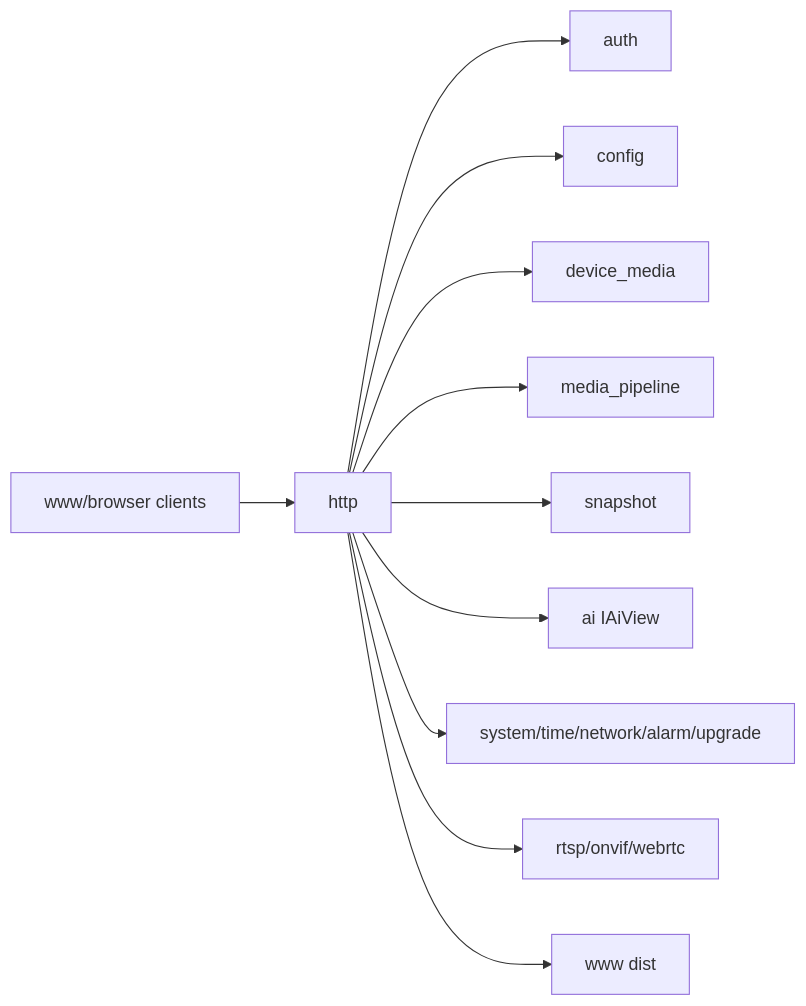
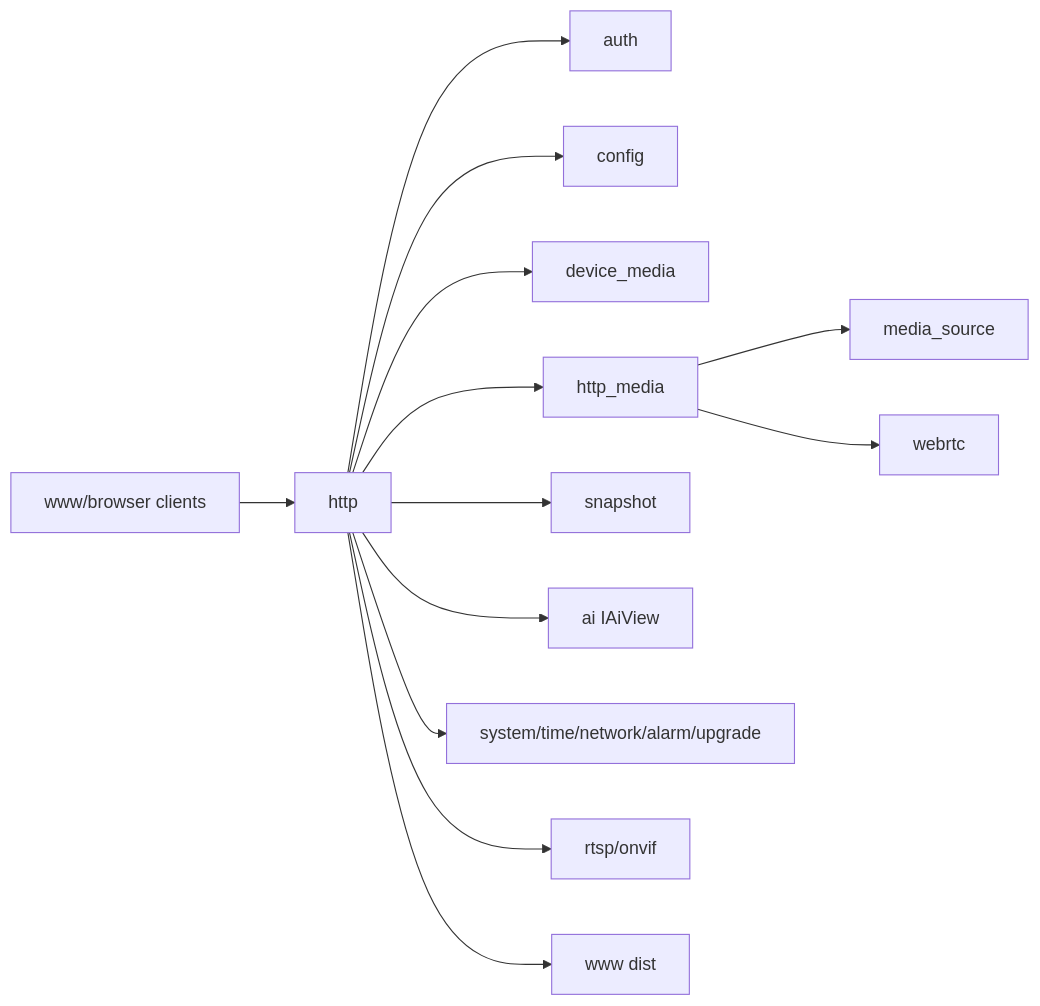
Before and after one commit to 373699756/live_stream: the diagram in docs/libs/http.md, drawn with Mermaid. The commit also changed other lines of this file and 22 other files, not shown here.

Commit message:
refactor(http): task 7 split media endpoints

````diff
--- a/docs/libs/http.md
+++ b/docs/libs/http.md
@@ -15,13 +16,15 @@
 ```mermaid
 flowchart LR
   Browser[www/browser clients] --> HTTP[http]
   HTTP --> Auth[auth]
   HTTP --> Config[config]
   HTTP --> Media[device_media]
-  HTTP --> Source[media_pipeline]
+  HTTP --> MediaHTTP[http_media]
+  MediaHTTP --> Source[media_source]
+  MediaHTTP --> WebRTC[webrtc]
   HTTP --> Snapshot[snapshot]
   HTTP --> AI[ai IAiView]
   HTTP --> Device[system/time/network/alarm/upgrade]
-  HTTP --> Protocol[rtsp/onvif/webrtc]
+  HTTP --> Protocol[rtsp/onvif]
   HTTP --> Static[www dist]
 ```
````
